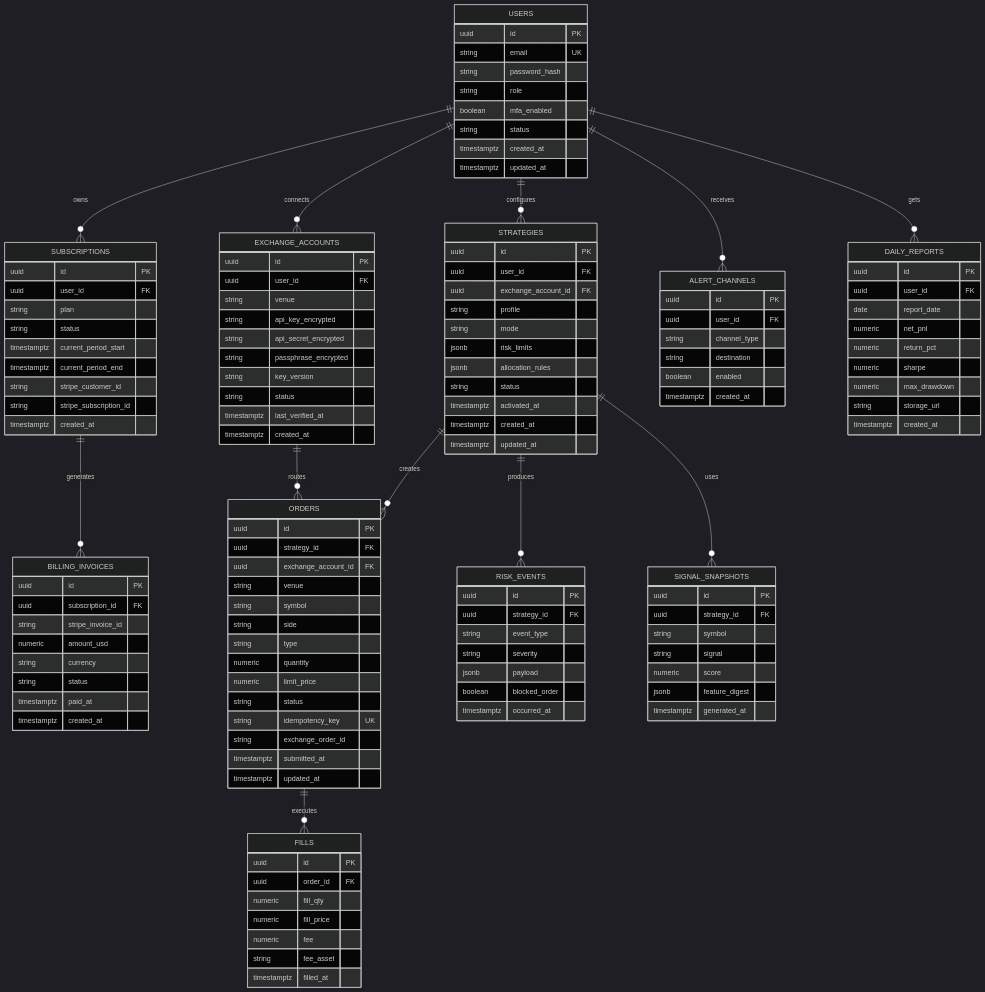
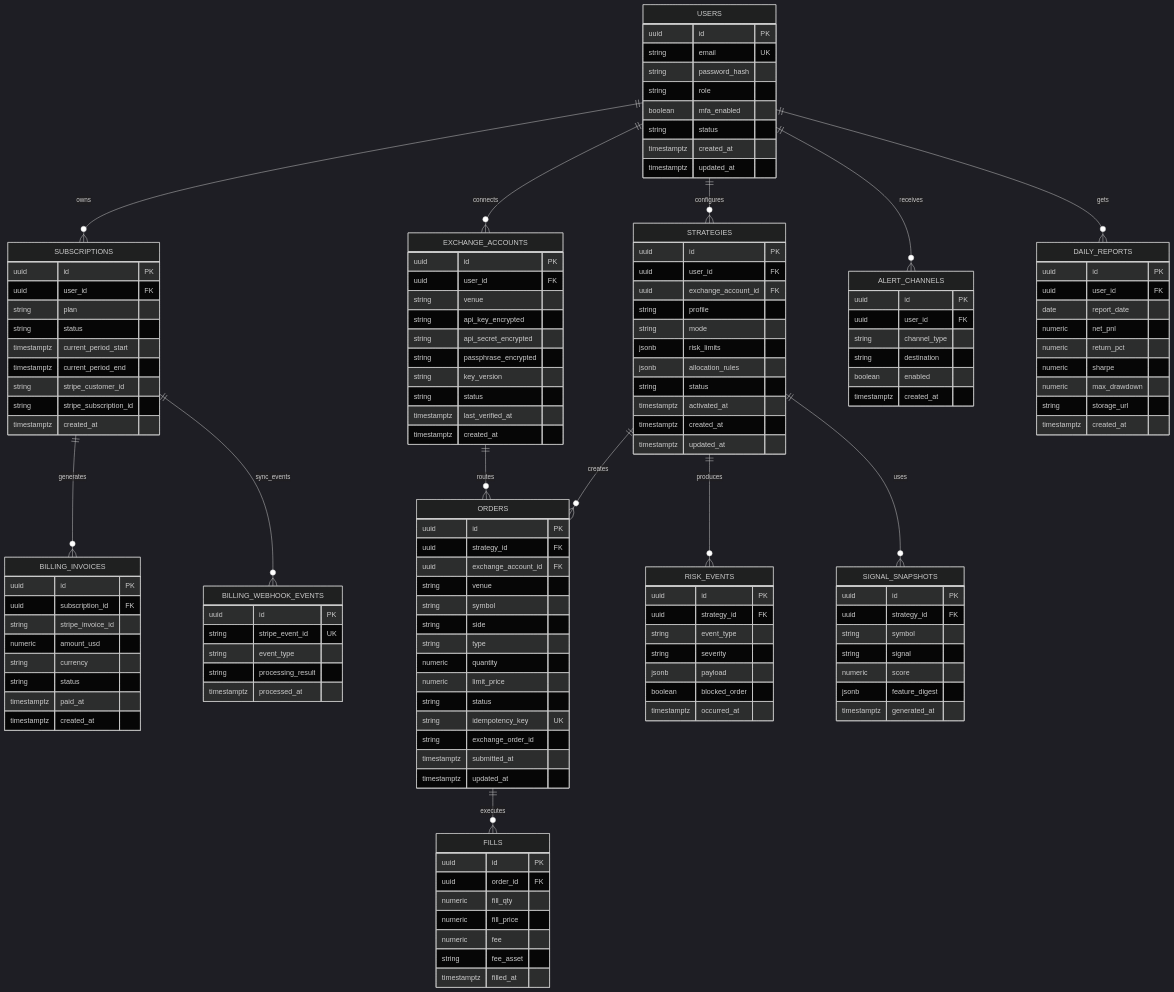
Before and after one commit to ChaeHyeonU/auto-investing-system-crypto: the diagram in docs/ERD.md, drawn with Mermaid (dark theme). The commit also changed 8 other files, not shown here.

Commit message:
Add Stripe webhook signature verification and idempotent sync

```diff
--- a/docs/ERD.md
+++ b/docs/ERD.md
@@ -12,6 +12,7 @@
   USERS ||--o{ DAILY_REPORTS : "gets"
 
   SUBSCRIPTIONS ||--o{ BILLING_INVOICES : "generates"
+  SUBSCRIPTIONS ||--o{ BILLING_WEBHOOK_EVENTS : "sync_events"
   EXCHANGE_ACCOUNTS ||--o{ ORDERS : "routes"
   STRATEGIES ||--o{ ORDERS : "creates"
   ORDERS ||--o{ FILLS : "executes"
@@ -50,6 +51,14 @@
     string status
     timestamptz paid_at
     timestamptz created_at
+  }
+
+  BILLING_WEBHOOK_EVENTS {
+    uuid id PK
+    string stripe_event_id UK
+    string event_type
+    string processing_result
+    timestamptz processed_at
   }
 
   EXCHANGE_ACCOUNTS {
```
